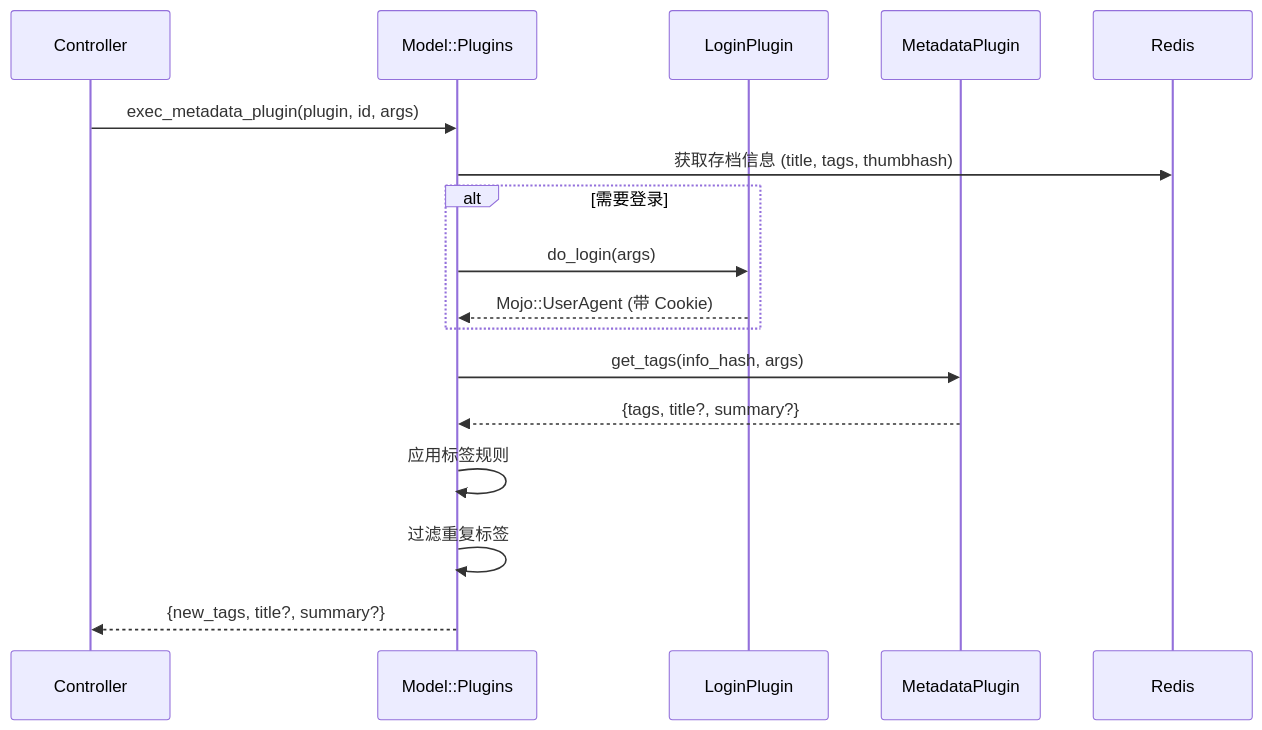
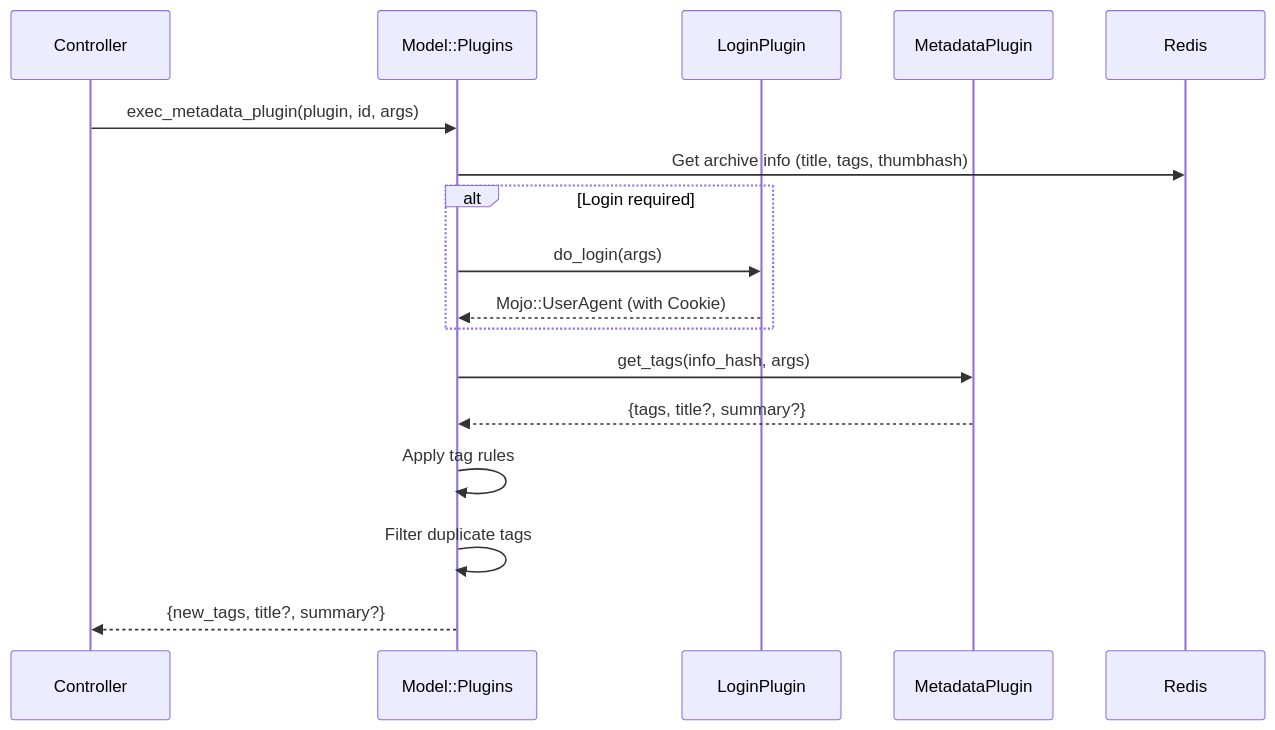
One commit to OborozukiNoYume/LANraragi changed the diagram in docs/zh-CN/04_plugins.md. Above: the diagram before and after it, drawn with Mermaid. The commit also changed other lines of this file and 7 other files, not shown here.

````diff
--- a/docs/zh-CN/04_plugins.md
+++ b/docs/zh-CN/04_plugins.md
@@ -138,23 +138,23 @@
 ```mermaid
 sequenceDiagram
     participant API as Controller
     participant Exec as Model::Plugins
     participant Login as LoginPlugin
     participant Meta as MetadataPlugin
     participant DB as Redis
     
     API->>Exec: exec_metadata_plugin(plugin, id, args)
-    Exec->>DB: 获取存档信息 (title, tags, thumbhash)
+    Exec->>DB: Get archive info (title, tags, thumbhash)
     
-    alt 需要登录
+    alt Login required
         Exec->>Login: do_login(args)
-        Login-->>Exec: Mojo::UserAgent (带 Cookie)
+        Login-->>Exec: Mojo::UserAgent (with Cookie)
     end
     
     Exec->>Meta: get_tags(info_hash, args)
     Meta-->>Exec: {tags, title?, summary?}
     
-    Exec->>Exec: 应用标签规则
-    Exec->>Exec: 过滤重复标签
+    Exec->>Exec: Apply tag rules
+    Exec->>Exec: Filter duplicate tags
     Exec-->>API: {new_tags, title?, summary?}
 ```
````
